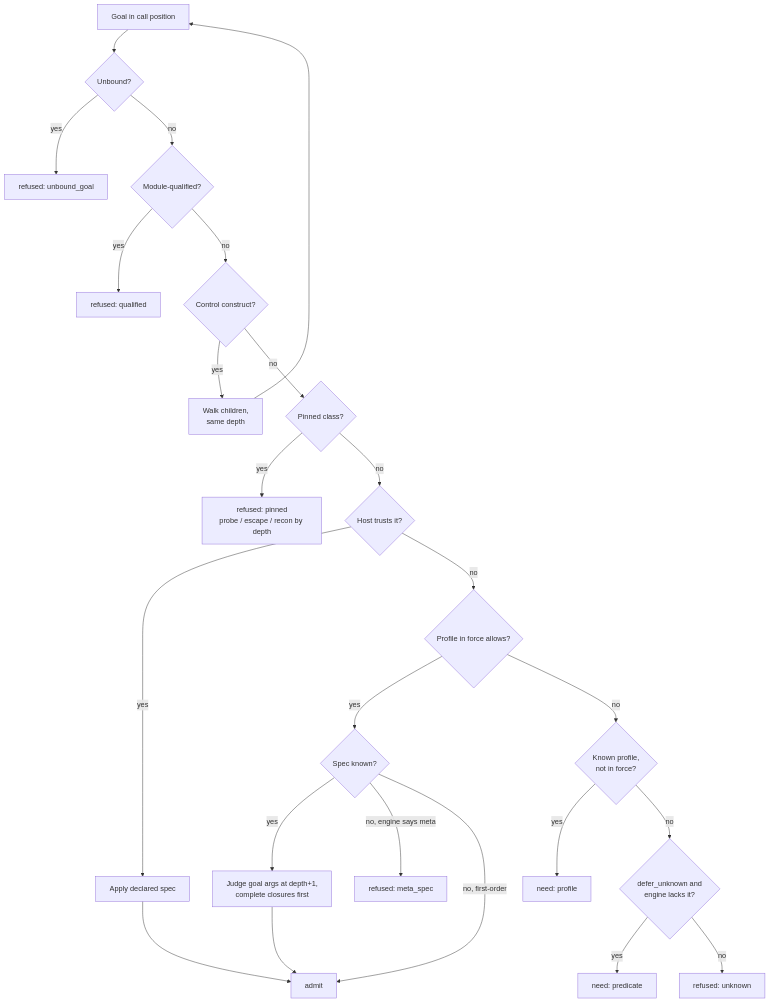
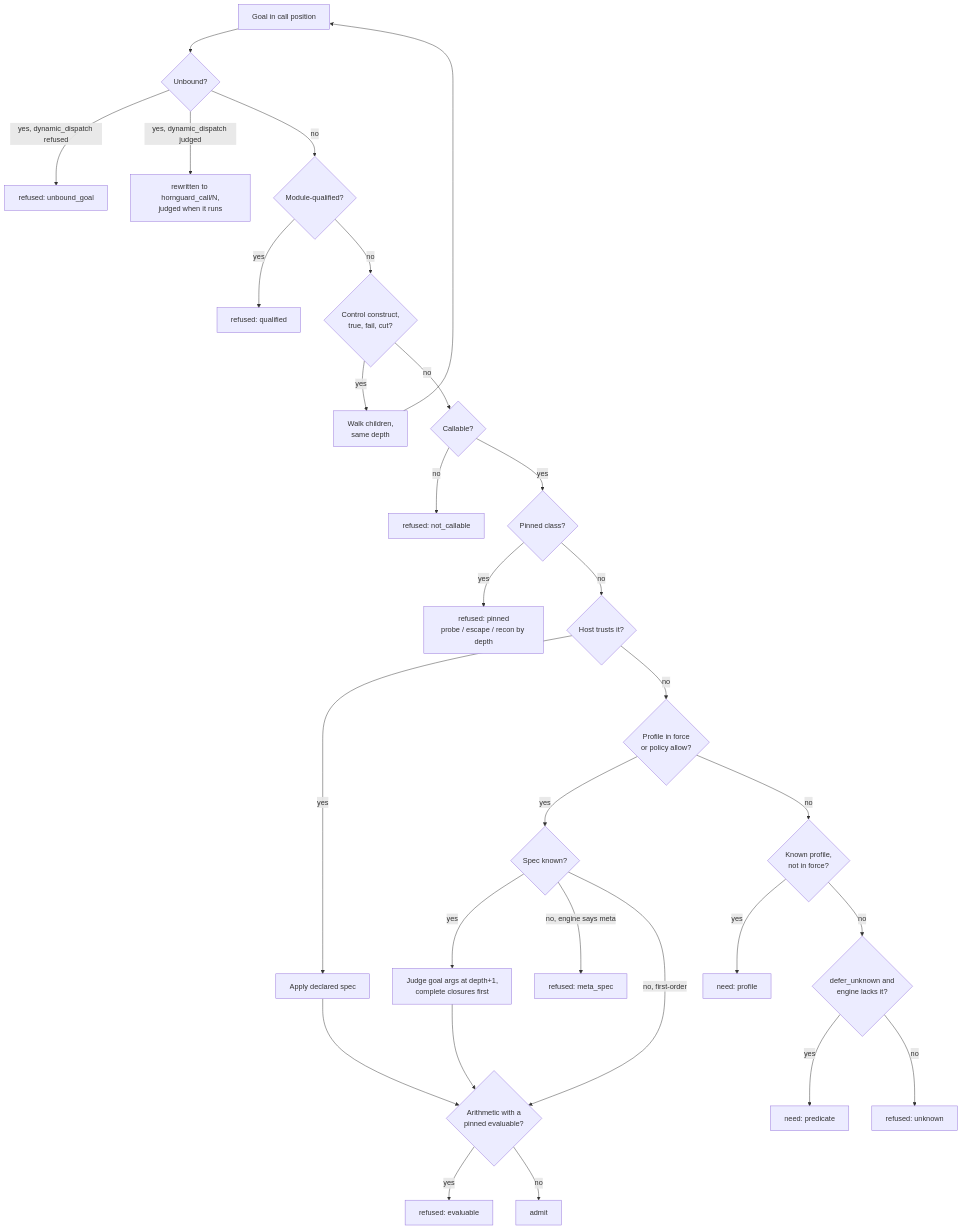
The second of 3 diagrams in docs/architecture.md (DataGrout/hornguard), drawn with Mermaid before and after one commit. The commit also changed other lines of this file, not shown here.

Commit message:
architecture diagrams match the walk and the policy
The layers diagram lacked the runtime half (hornguard_call/N at a sink,
in the untrusted position), the admit_needs loop back to the judge, and
the guarded verdict. The walk diagram lacked the callable check, the
policy's own allow list, the evaluables check that follows an admitted
arithmetic predicate, and what judged mode does with an unbound goal.
The profiles diagram named neither op, engine and enforcement in a host
profile nor author_defines in the policy.

````diff
--- a/docs/architecture.md
+++ b/docs/architecture.md
@@ -160,23 +165,28 @@
 ```mermaid
 flowchart TD
     G[Goal in call position] --> U{Unbound?}
-    U -->|yes| R1[refused: unbound_goal]
+    U -->|yes, dynamic_dispatch refused| R1[refused: unbound_goal]
+    U -->|yes, dynamic_dispatch judged| RW[rewritten to hornguard_call/N,<br/>judged when it runs]
     U -->|no| Q{Module-qualified?}
     Q -->|yes| R2[refused: qualified]
-    Q -->|no| C{Control construct?}
+    Q -->|no| C{Control construct,<br/>true, fail, cut?}
     C -->|yes| W[Walk children,<br/>same depth] --> G
-    C -->|no| P{Pinned class?}
+    C -->|no| CL{Callable?}
+    CL -->|no| R0[refused: not_callable]
+    CL -->|yes| P{Pinned class?}
     P -->|yes| R3[refused: pinned<br/>probe / escape / recon by depth]
     P -->|no| TR{Host trusts it?}
-    TR -->|yes| S1[Apply declared spec] --> A[admit]
-    TR -->|no| F{Profile in force allows?}
+    TR -->|yes| S1[Apply declared spec] --> AR
+    TR -->|no| F{Profile in force<br/>or policy allow?}
     F -->|yes| MS{Spec known?}
-    MS -->|yes| S2[Judge goal args at depth+1,<br/>complete closures first] --> A
+    MS -->|yes| S2[Judge goal args at depth+1,<br/>complete closures first] --> AR
     MS -->|no, engine says meta| R4[refused: meta_spec]
-    MS -->|no, first-order| A
+    MS -->|no, first-order| AR{Arithmetic with a<br/>pinned evaluable?}
+    AR -->|yes| R6[refused: evaluable]
+    AR -->|no| A[admit]
     F -->|no| AV{Known profile,<br/>not in force?}
     AV -->|yes| N1[need: profile]
     AV -->|no| DF{defer_unknown and<br/>engine lacks it?}
     DF -->|yes| N2[need: predicate]
     DF -->|no| R5[refused: unknown]
 ```
````
